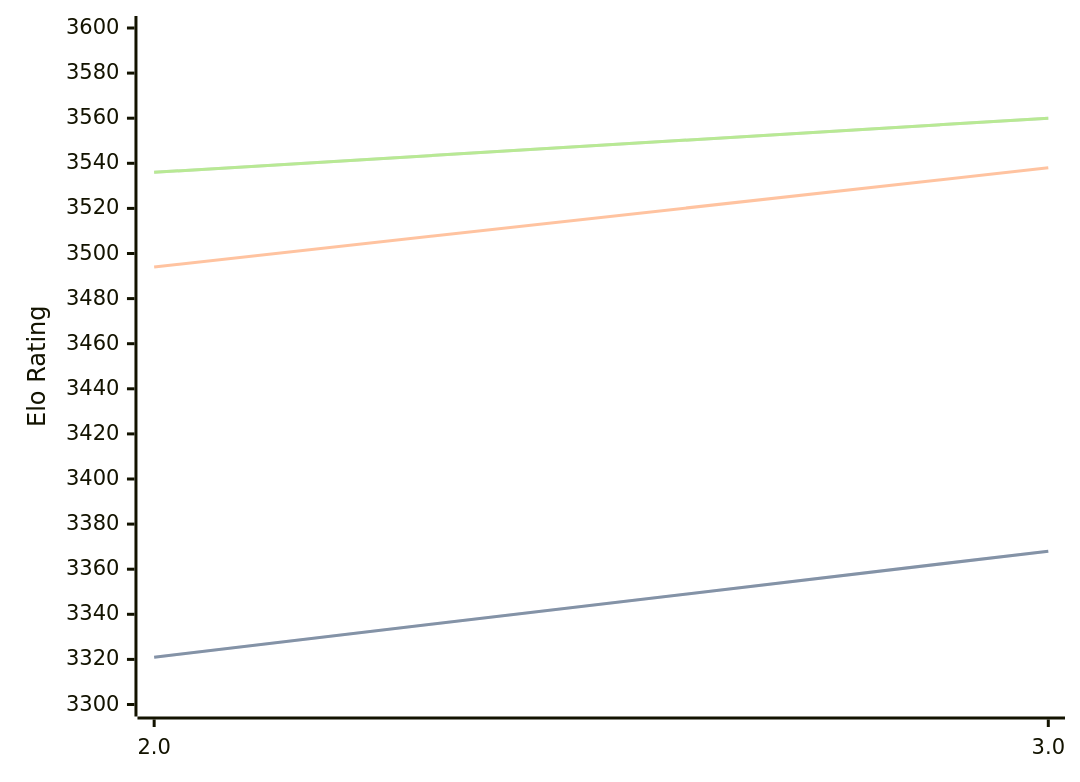
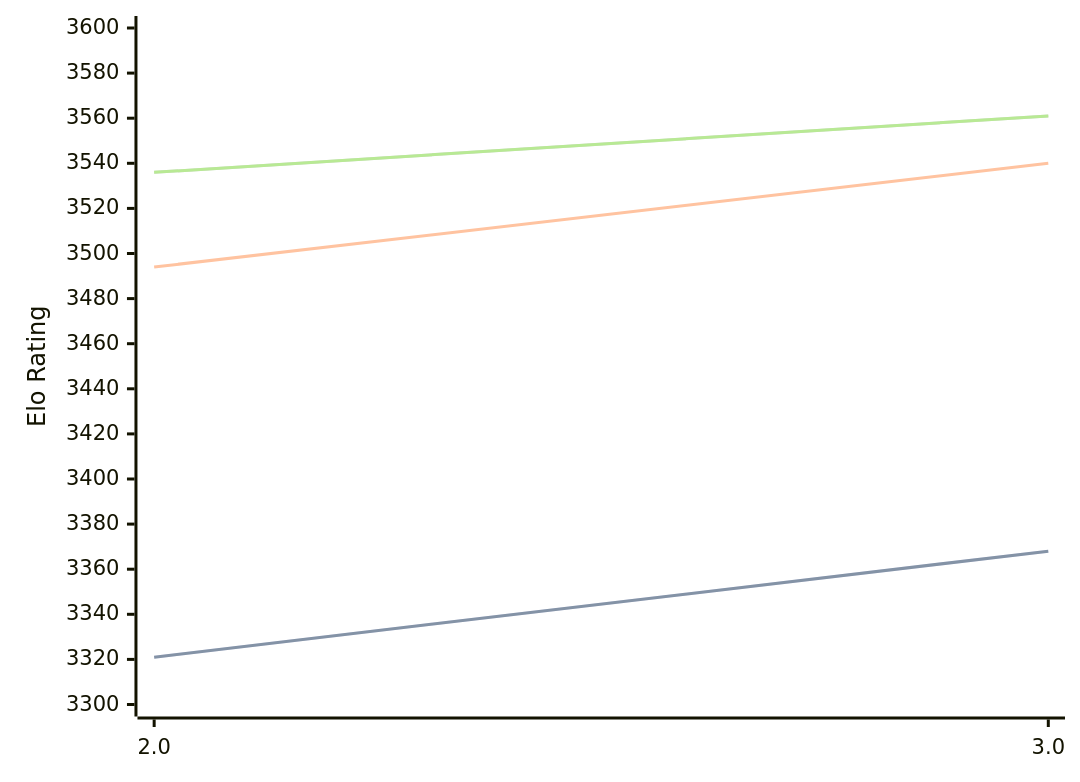
One commit to computer-chess-index/cci changed the diagram in engines/Quanticade.md. Above: the diagram before and after it, drawn with Mermaid. The commit also changed other lines of this file, not shown here.

Commit message:
Update CCI Ratings (ELO VLTC) - 2026-04-04

````diff
--- a/engines/Quanticade.md
+++ b/engines/Quanticade.md
@@ -41,11 +41,11 @@
 ```mermaid
 %%{init: {"theme":"base","themeVariables":{"seriesColors:['#a3a3a3','#222221','#faa371']}}}%%
 xychart-beta
   x-axis ["2.0", "3.0"]
   y-axis "Elo Rating" 3300 --> 3600
   line "STC (8.0+0.08s)" [3321, 3368]
   line "STC (8.0+0.08s)" [3321, 3368]
-  line "LTC (60.0+0.60s)" [3494, 3538]
-  line "VLTC (2m24s+1.12s)" [3536, 3560]
-  line "VLTC (2m24s+1.12s)" [3536, 3560]
+  line "LTC (60.0+0.60s)" [3494, 3540]
+  line "VLTC (2m24s+1.12s)" [3536, 3561]
+  line "VLTC (2m24s+1.12s)" [3536, 3561]
 ```
````
